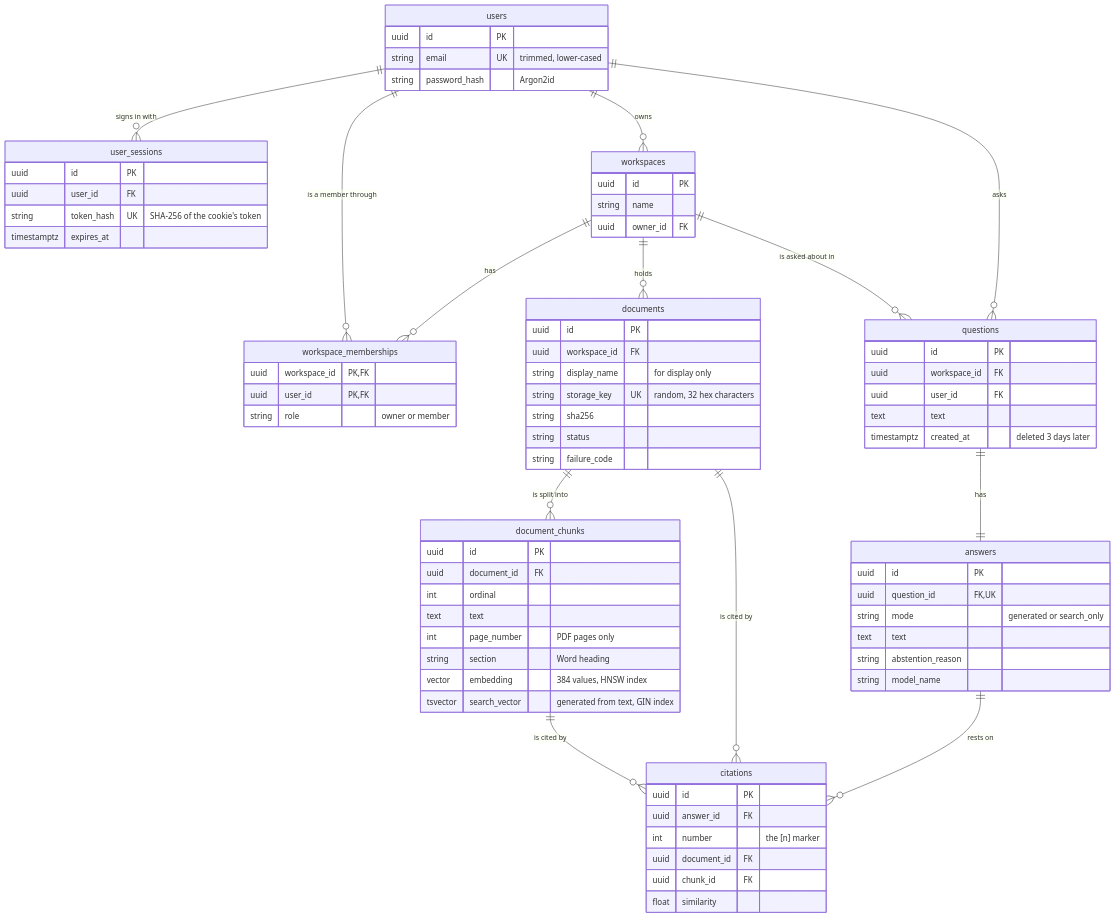
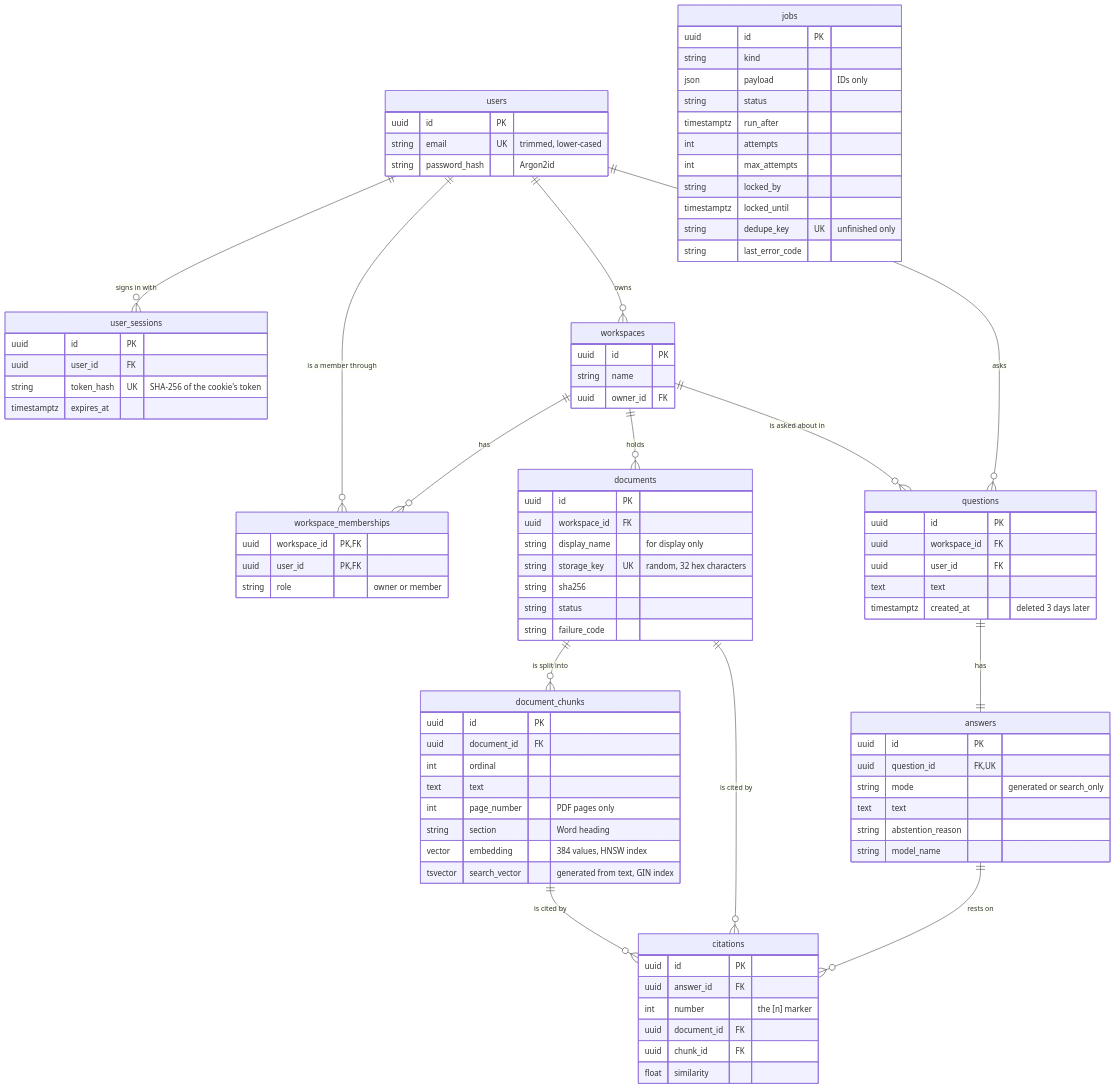
Before and after one commit to tatpudiarvind/evidence-backed-knowledge-assistant: the fifth of 5 diagrams in docs/architecture/README.md, drawn with Mermaid. The commit also changed other lines of this file and 24 other files, not shown here.

```diff
--- a/docs/architecture/README.md
+++ b/docs/architecture/README.md
@@ -201,7 +192,20 @@
     workspaces ||--o{ workspace_memberships : "has"
     users ||--o{ workspaces : "owns"
     workspaces ||--o{ documents : "holds"
-    documents ||--o{ document_chunks : "is split into"
+        documents ||--o{ document_chunks : "is split into"
+    jobs {
+        uuid id PK
+        string kind
+        json payload "IDs only"
+        string status
+        timestamptz run_after
+        int attempts
+        int max_attempts
+        string locked_by
+        timestamptz locked_until
+        string dedupe_key UK "unfinished only"
+        string last_error_code
+    }
     workspaces ||--o{ questions : "is asked about in"
     users ||--o{ questions : "asks"
     questions ||--|| answers : "has"
```
